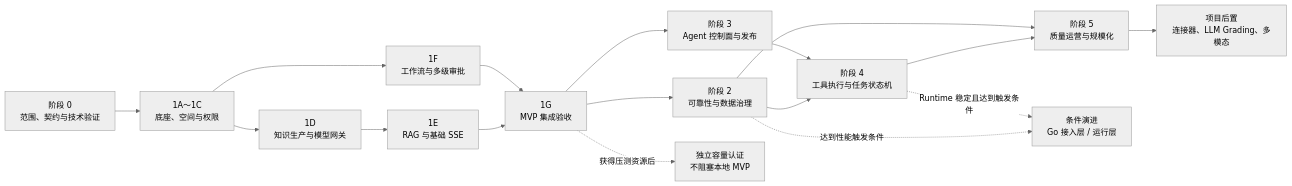
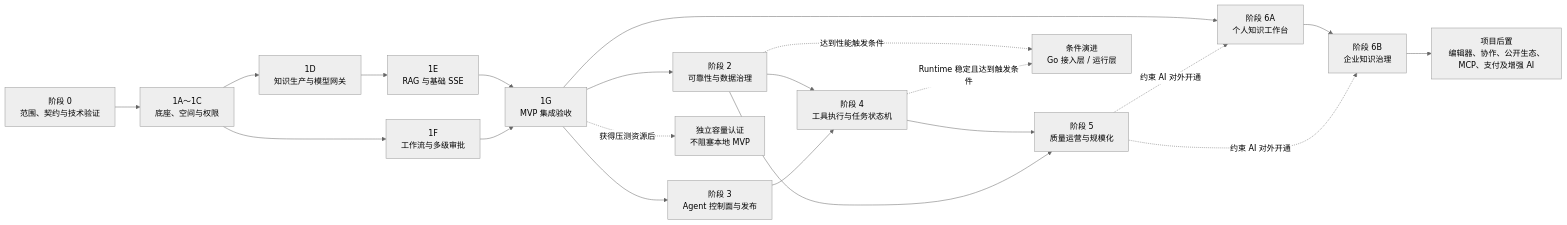
Before and after one commit to chengit16/AI: diagram 19 of 19 in ai-intelligent-platform-v2-design.md, drawn with Mermaid (neutral theme). The commit also changed other lines of this file and 10 other files, not shown here.

````diff
--- a/ai-intelligent-platform-v2-design.md
+++ b/ai-intelligent-platform-v2-design.md
@@ -1773,19 +1816,23 @@
 ```mermaid
 flowchart LR
     P0["阶段 0<br/>范围、契约与技术验证"] --> P1A["1A～1C<br/>底座、空间与权限"]
     P1A --> P1D["1D<br/>知识生产与模型网关"]
     P1D --> P1E["1E<br/>RAG 与基础 SSE"]
     P1A --> P1F["1F<br/>工作流与多级审批"]
     P1E --> P1G["1G<br/>MVP 集成验收"]
     P1F --> P1G
     P1G --> P2["阶段 2<br/>可靠性与数据治理"]
     P1G --> P3["阶段 3<br/>Agent 控制面与发布"]
     P2 --> P4["阶段 4<br/>工具执行与任务状态机"]
     P3 --> P4
     P4 --> P5["阶段 5<br/>质量运营与规模化"]
     P2 --> P5
-    P5 --> PX["项目后置<br/>连接器、LLM Grading、多模态"]
+    P1G --> P6A["阶段 6A<br/>个人知识工作台"]
+    P6A --> P6B["阶段 6B<br/>企业知识治理"]
+    P5 -."约束 AI 对外开通".-> P6A
+    P5 -."约束 AI 对外开通".-> P6B
+    P6B --> PX["项目后置<br/>编辑器、协作、公开生态、MCP、支付及增强 AI"]
     P1G -."获得压测资源后".-> CAP["独立容量认证<br/>不阻塞本地 MVP"]
     P2 -."达到性能触发条件".-> GO["条件演进<br/>Go 接入层 / 运行层"]
     P4 -."Runtime 稳定且达到触发条件".-> GO
 ```
````
